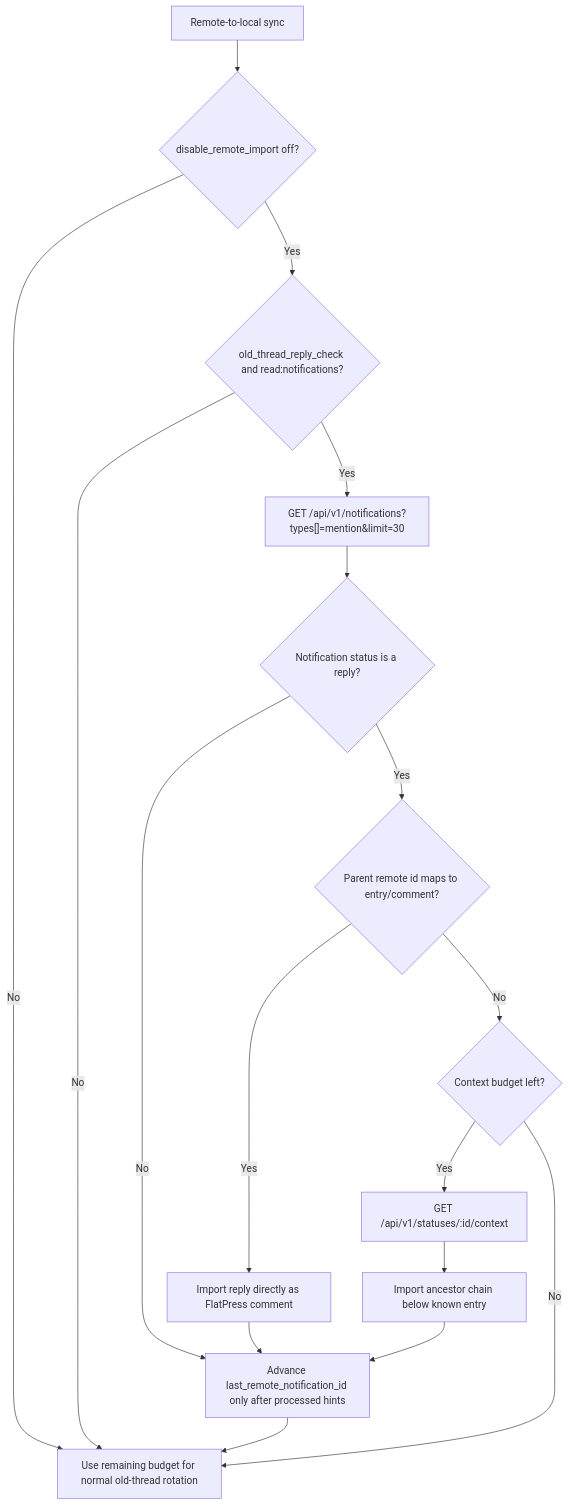
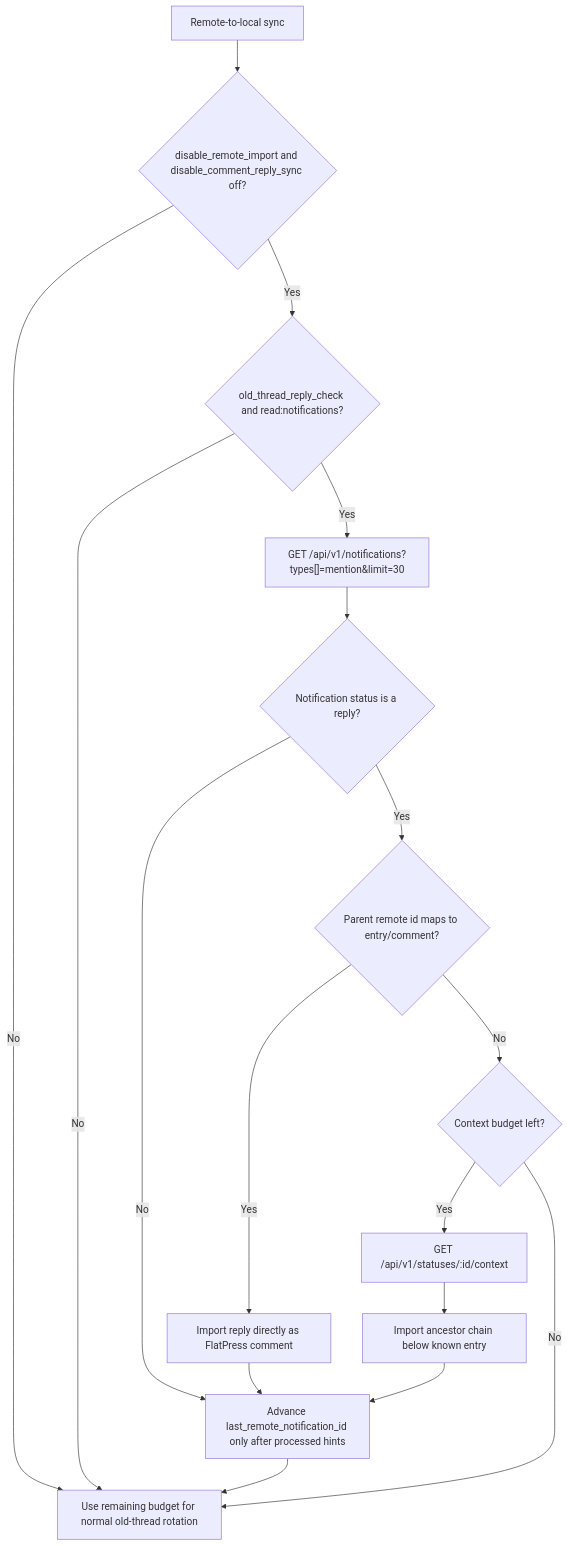
Before and after one commit to flatpressblog/flatpress: diagram 16 of 48 in fp-plugins/mastodon/developer-docs/06-Process-Flow.md, drawn with Mermaid. The commit also changed other lines of this file and 33 other files, not shown here.

````diff
--- a/fp-plugins/mastodon/developer-docs/06-Process-Flow.md
+++ b/fp-plugins/mastodon/developer-docs/06-Process-Flow.md
@@ -536,28 +616,28 @@
 ```mermaid
 flowchart TD
     Start["Remote-to-local sync"]
-    ImportEnabled{"disable_remote_import off?"}
+    ImportEnabled{"disable_remote_import and disable_comment_reply_sync off?"}
     Scope{"old_thread_reply_check and read:notifications?"}
     Fetch["GET /api/v1/notifications?types[]=mention&limit=30"]
     Reply{"Notification status is a reply?"}
     ParentKnown{"Parent remote id maps to entry/comment?"}
     Direct["Import reply directly as FlatPress comment"]
     Budget{"Context budget left?"}
     Context["GET /api/v1/statuses/:id/context"]
     ImportChain["Import ancestor chain below known entry"]
     Rotate["Use remaining budget for normal old-thread rotation"]
     Cursor["Advance last_remote_notification_id only after processed hints"]
 
     Start --> ImportEnabled
     ImportEnabled -- "No" --> Rotate
     ImportEnabled -- "Yes" --> Scope
     Scope -- "No" --> Rotate
     Scope -- "Yes" --> Fetch --> Reply
     Reply -- "No" --> Cursor
     Reply -- "Yes" --> ParentKnown
     ParentKnown -- "Yes" --> Direct --> Cursor
     ParentKnown -- "No" --> Budget
     Budget -- "Yes" --> Context --> ImportChain --> Cursor
     Budget -- "No" --> Rotate
     Cursor --> Rotate
 ```
````
